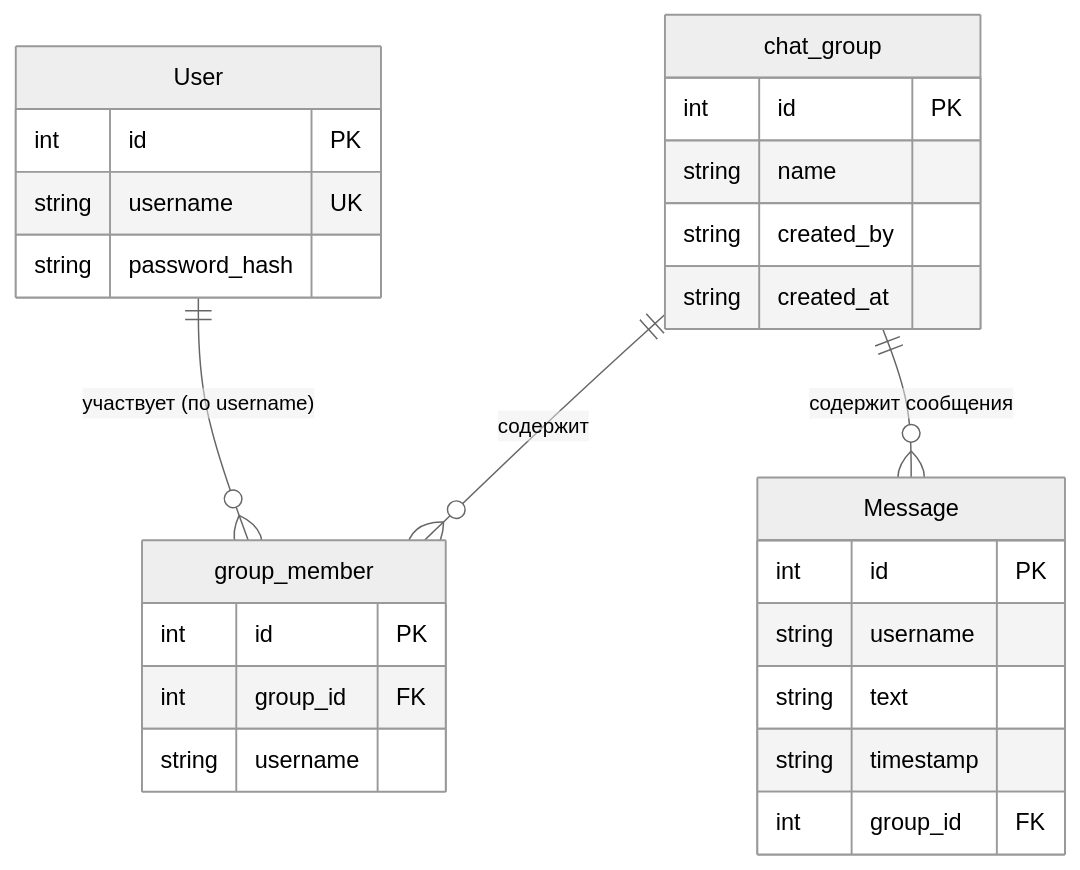
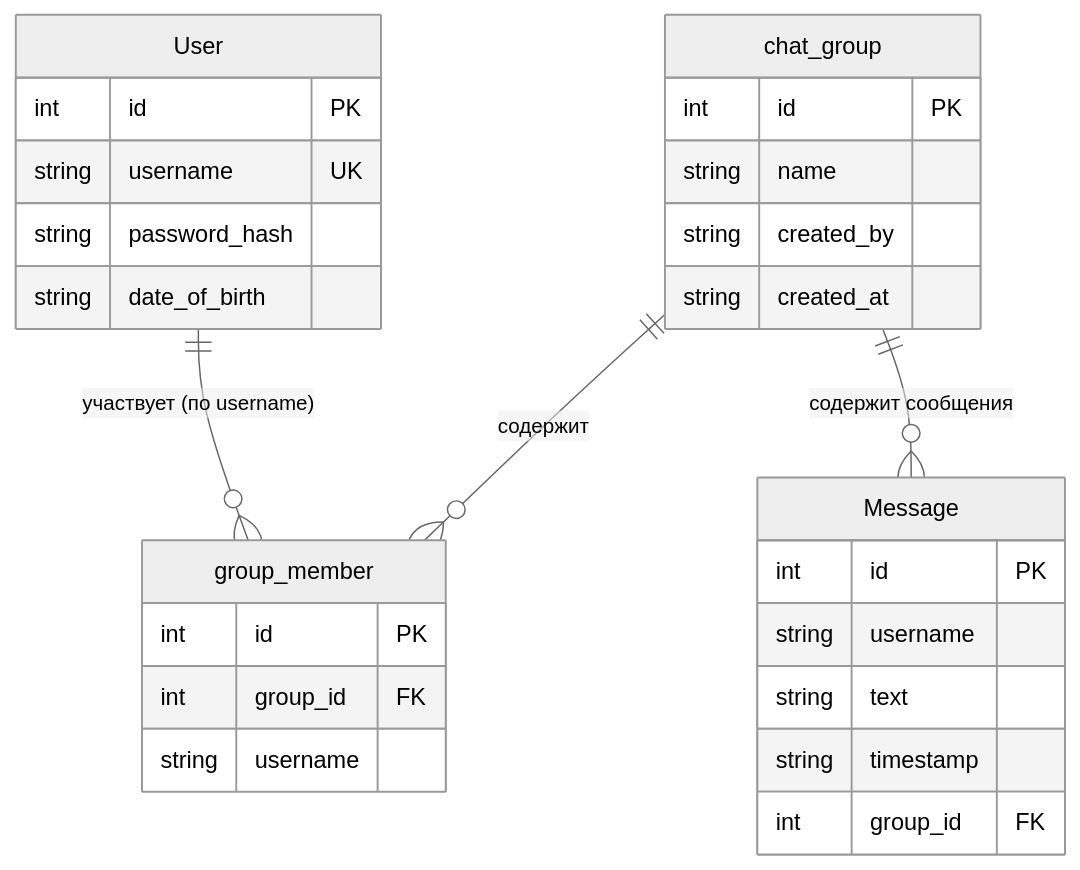
Before and after one commit to alexcherch/Half_Chat: the diagram in README.md, drawn with Mermaid (neutral theme).

Commit message:
correct code

````diff
--- a/README.md
+++ b/README.md
@@ -48,33 +48,34 @@
 ```mermaid
 erDiagram
     User {
         int id PK
         string username UK
         string password_hash
+        string date_of_birth
     }
 
     chat_group {
         int id PK
         string name
         string created_by
         string created_at
     }
 
     group_member {
         int id PK
         int group_id FK
         string username
     }
 
     Message {
         int id PK
         string username
         string text
         string timestamp
         int group_id FK
     }
 
     User ||--o{ group_member : "участвует (по username)"
     chat_group ||--o{ group_member : "содержит"
     chat_group ||--o{ Message : "cодержит сообщения"
 ```
````
